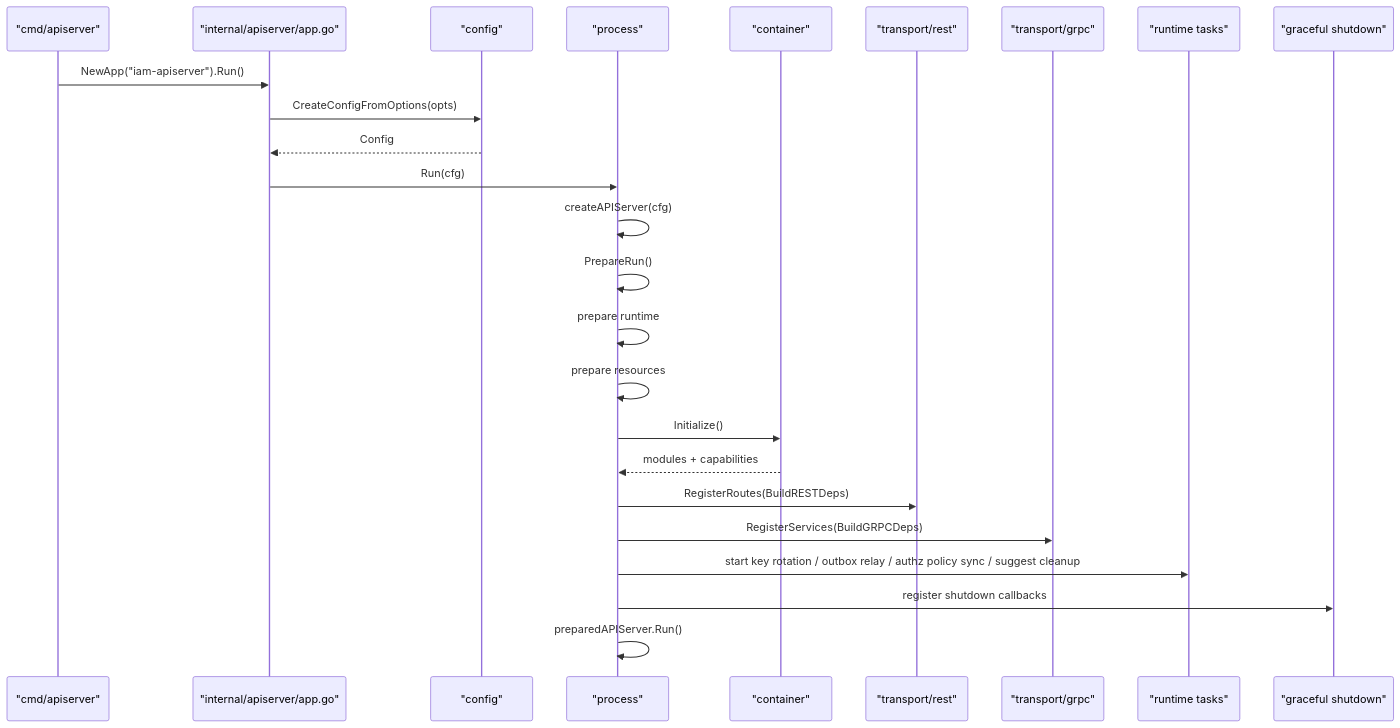
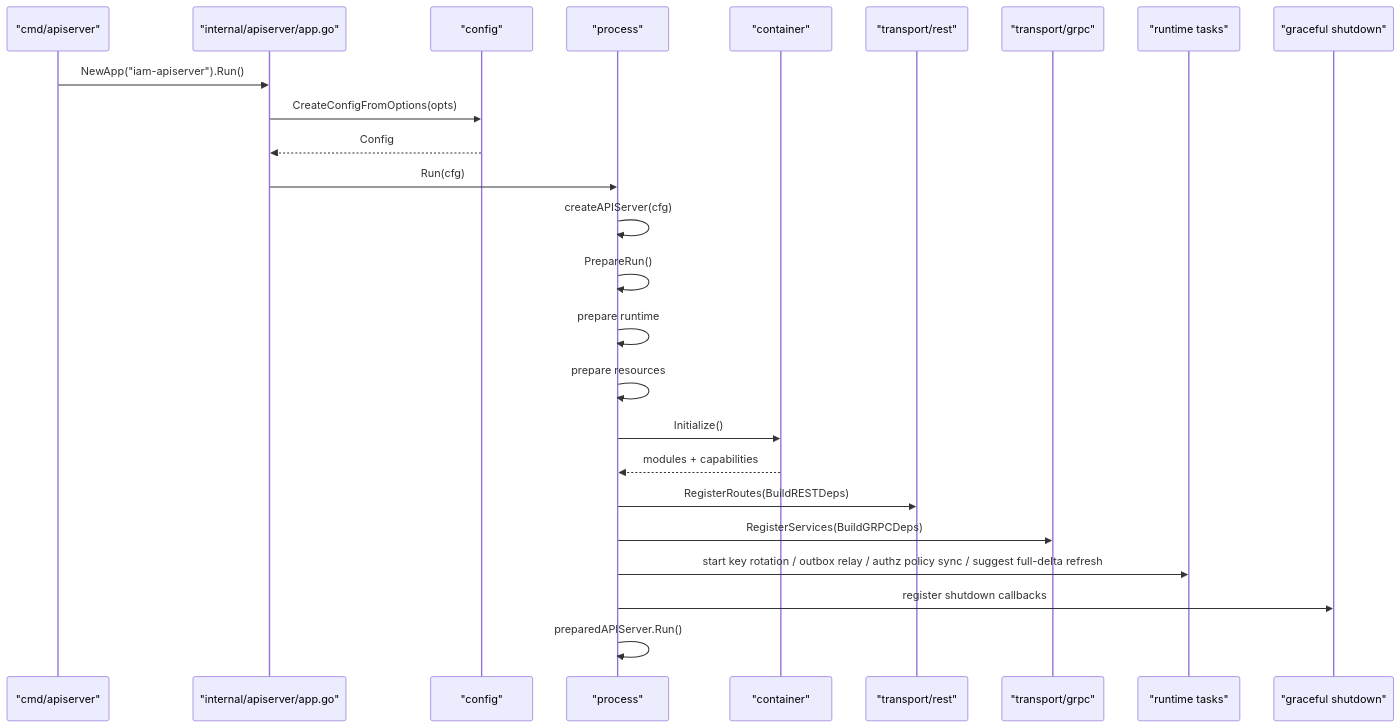
The second of 2 diagrams in docs/01-运行时/README.md (FangcunMount/iam), drawn with Mermaid before and after one commit. The commit also changed other lines of this file and 16 other files, not shown here.

````diff
--- a/docs/01-运行时/README.md
+++ b/docs/01-运行时/README.md
@@ -240,32 +241,32 @@
 ```mermaid
 sequenceDiagram
     participant Main as "cmd/apiserver"
     participant App as "internal/apiserver/app.go"
     participant Config as "config"
     participant Process as "process"
     participant Container as "container"
     participant REST as "transport/rest"
     participant GRPC as "transport/grpc"
     participant Tasks as "runtime tasks"
     participant Shutdown as "graceful shutdown"
 
     Main->>App: NewApp("iam-apiserver").Run()
     App->>Config: CreateConfigFromOptions(opts)
     Config-->>App: Config
     App->>Process: Run(cfg)
 
     Process->>Process: createAPIServer(cfg)
     Process->>Process: PrepareRun()
 
     Process->>Process: prepare runtime
     Process->>Process: prepare resources
     Process->>Container: Initialize()
     Container-->>Process: modules + capabilities
 
     Process->>REST: RegisterRoutes(BuildRESTDeps)
     Process->>GRPC: RegisterServices(BuildGRPCDeps)
 
-    Process->>Tasks: start key rotation / outbox relay / authz policy sync / suggest cleanup
+    Process->>Tasks: start key rotation / outbox relay / authz policy sync / suggest full-delta refresh
     Process->>Shutdown: register shutdown callbacks
     Process->>Process: preparedAPIServer.Run()
 ```
````
